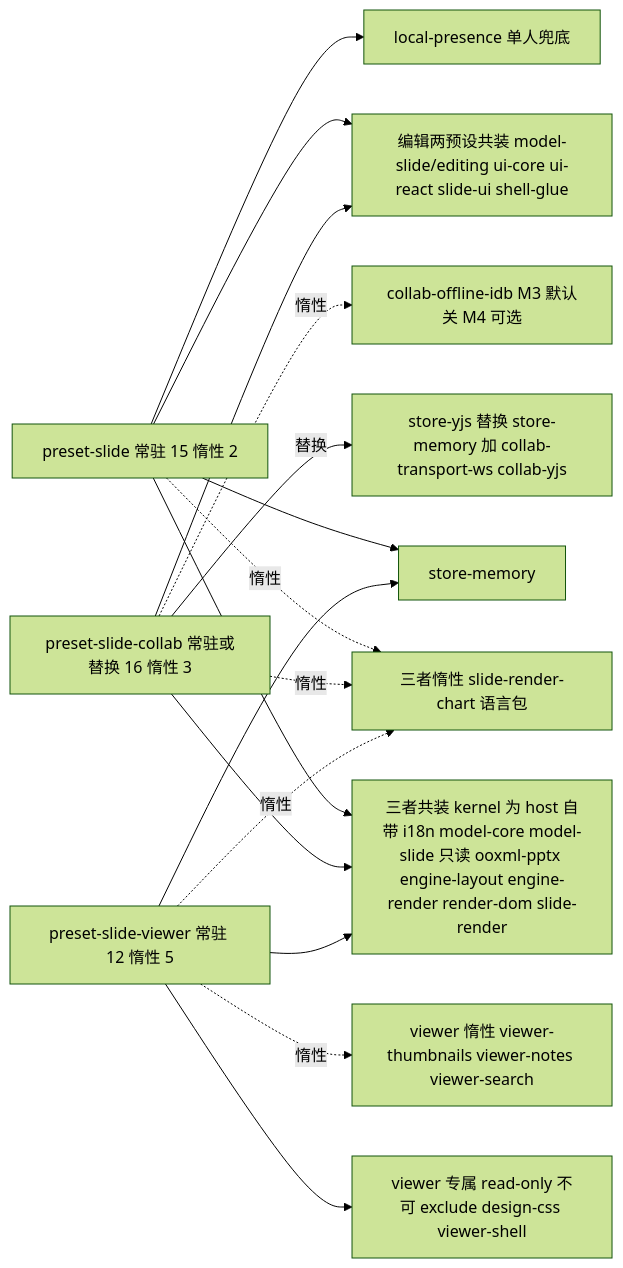
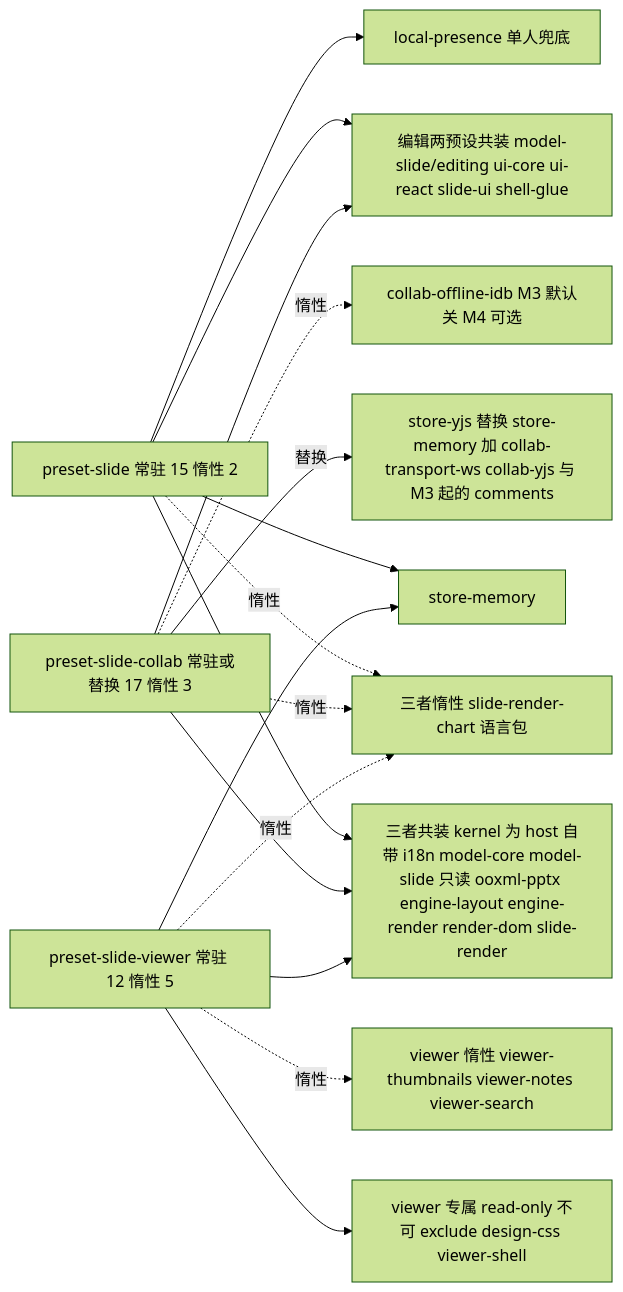
One commit to Xeonice/cordis-ppt-editor changed the fourth of 5 diagrams in docs/40-modules/16-plugin-catalog.md. Above: the diagram before and after it, drawn with Mermaid (forest theme). The commit also changed other lines of this file and 12 other files, not shown here.

````diff
--- a/docs/40-modules/16-plugin-catalog.md
+++ b/docs/40-modules/16-plugin-catalog.md
@@ -395,30 +442,30 @@
 ```mermaid
 flowchart LR
 presetSlide["preset-slide 常驻 15 惰性 2"]
-presetCollab["preset-slide-collab 常驻或替换 16 惰性 3"]
+presetCollab["preset-slide-collab 常驻或替换 17 惰性 3"]
 presetViewer["preset-slide-viewer 常驻 12 惰性 5"]
 gShared["三者共装 kernel 为 host 自带 i18n model-core model-slide 只读 ooxml-pptx engine-layout engine-render render-dom slide-render"]
 gLazy["三者惰性 slide-render-chart 语言包"]
 gStoreMem["store-memory"]
 gEdit["编辑两预设共装 model-slide/editing ui-core ui-react slide-ui shell-glue"]
 gLocal["local-presence 单人兜底"]
-gCollab["store-yjs 替换 store-memory 加 collab-transport-ws collab-yjs"]
+gCollab["store-yjs 替换 store-memory 加 collab-transport-ws collab-yjs 与 M3 起的 comments"]
 gOffline["collab-offline-idb M3 默认关 M4 可选"]
 gViewer["viewer 专属 read-only 不可 exclude design-css viewer-shell"]
 gViewerLazy["viewer 惰性 viewer-thumbnails viewer-notes viewer-search"]
 presetSlide --> gShared
 presetCollab --> gShared
 presetViewer --> gShared
 presetSlide -. "惰性" .-> gLazy
 presetCollab -. "惰性" .-> gLazy
 presetViewer -. "惰性" .-> gLazy
 presetSlide --> gStoreMem
 presetViewer --> gStoreMem
 presetSlide --> gEdit
 presetCollab --> gEdit
 presetSlide --> gLocal
 presetCollab -- "替换" --> gCollab
 presetCollab -. "惰性" .-> gOffline
 presetViewer --> gViewer
 presetViewer -. "惰性" .-> gViewerLazy
 ```
````
